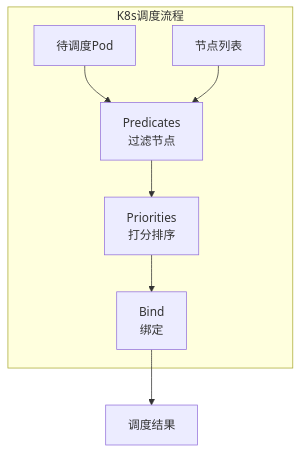
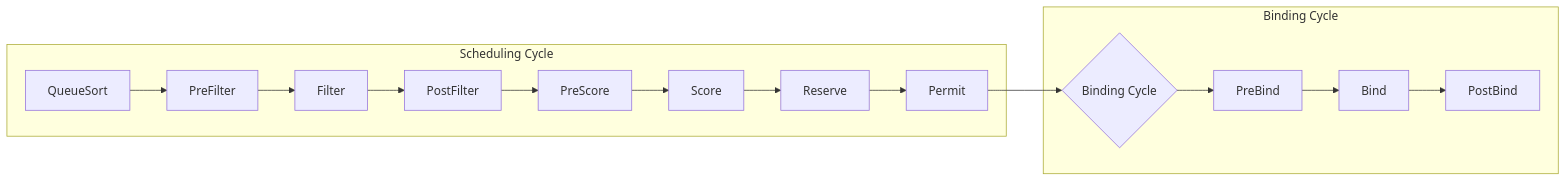
One commit to AdaMartin18010/FormalScience changed the fourth of 6 diagrams in docs/Refactor/06_调度系统/04_分布式调度/04.1_集群调度.md. Above: the diagram before and after it, drawn with Mermaid. The commit also changed other lines of this file and 565 other files, not shown here.

````diff
--- a/docs/Refactor/06_调度系统/04_分布式调度/04.1_集群调度.md
+++ b/docs/Refactor/06_调度系统/04_分布式调度/04.1_集群调度.md
@@ -284,17 +317,18 @@
 ```mermaid
-flowchart TB
-    subgraph K8s调度流程
-        P[待调度Pod]
-        N[节点列表]
-
-        F1[Predicates<br/>过滤节点]
-        F2[Priorities<br/>打分排序]
-        F3[Bind<br/>绑定]
+flowchart LR
+    subgraph "Scheduling Cycle"
+        A[QueueSort] --> B[PreFilter]
+        B --> C[Filter]
+        C --> D[PostFilter]
+        D --> E[PreScore]
+        E --> F[Score]
+        F --> G[Reserve]
+        G --> H[Permit]
     end
-
-    P --> F1
-    N --> F1
-    F1 --> F2
-    F2 --> F3
-    F3 --> R[调度结果]
+    H --> I{Binding Cycle}
+    subgraph "Binding Cycle"
+        I --> J[PreBind]
+        J --> K[Bind]
+        K --> L[PostBind]
+    end
 ```
````
